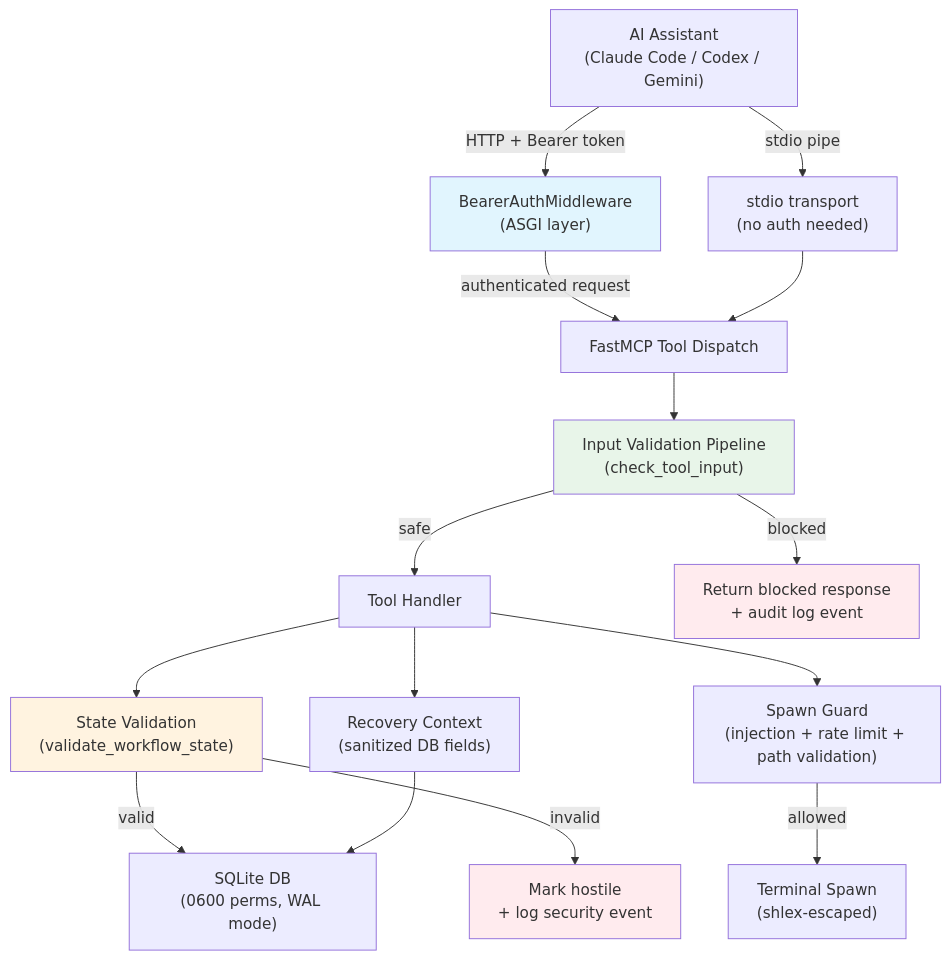
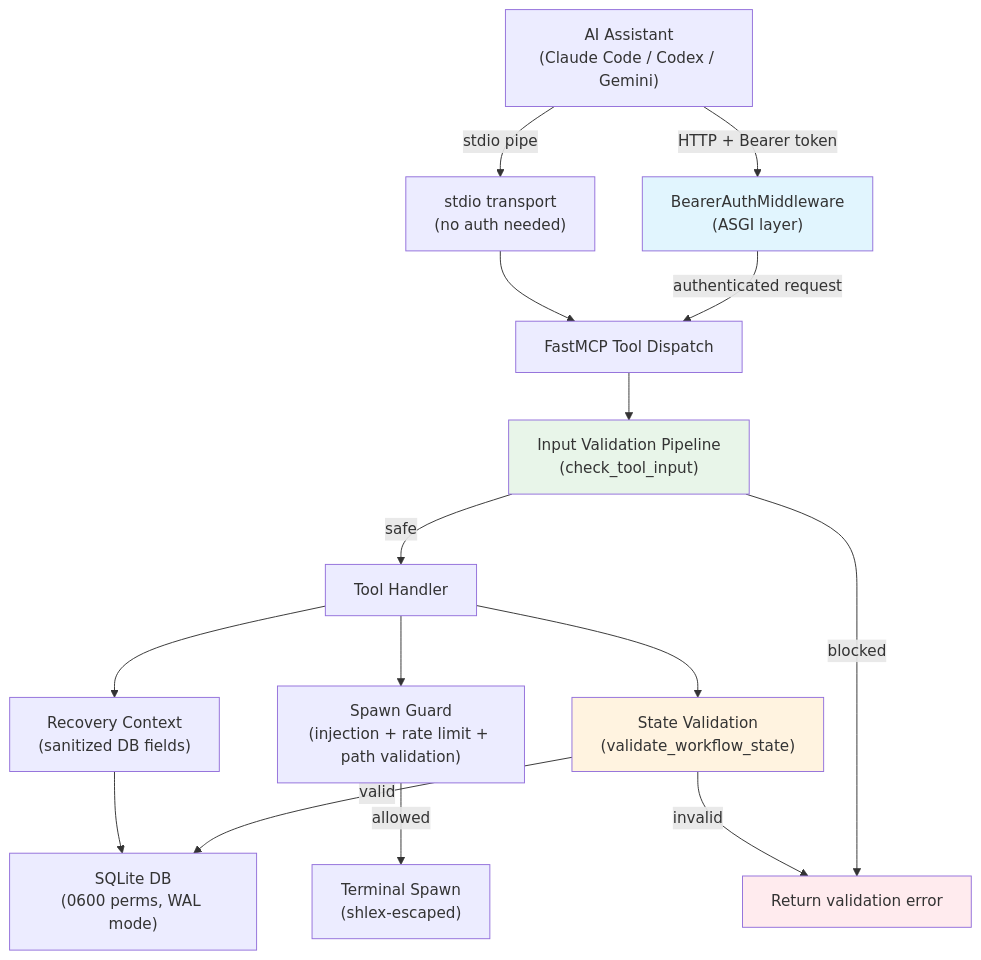
One commit to axiomantic/spellbook changed the diagram in docs/security.md. Above: the diagram before and after it, drawn with Mermaid. The commit also changed other lines of this file and 138 other files, not shown here.

````diff
--- a/docs/security.md
+++ b/docs/security.md
@@ -7,27 +7,26 @@
 ```mermaid
 graph TD
     Client["AI Assistant<br>(Claude Code / Codex / Gemini)"] -->|"HTTP + Bearer token"| Auth["BearerAuthMiddleware<br>(ASGI layer)"]
     Client -->|"stdio pipe"| Stdio["stdio transport<br>(no auth needed)"]
 
     Auth -->|"authenticated request"| Dispatch["FastMCP Tool Dispatch"]
     Stdio --> Dispatch
 
     Dispatch --> Validation["Input Validation Pipeline<br>(check_tool_input)"]
     Validation -->|"safe"| Handler["Tool Handler"]
     Validation -->|"blocked"| Block["Return blocked response<br>+ audit log event"]
 
     Handler --> StateVal["State Validation<br>(validate_workflow_state)"]
     Handler --> SpawnGuard["Spawn Guard<br>(injection + rate limit + path validation)"]
     Handler --> Recovery["Recovery Context<br>(sanitized DB fields)"]
 
     StateVal -->|"valid"| DB["SQLite DB<br>(0600 perms, WAL mode)"]
-    StateVal -->|"invalid"| Hostile["Mark hostile<br>+ log security event"]
+    StateVal -->|"invalid"| Block["Return validation error"]
     SpawnGuard -->|"allowed"| Terminal["Terminal Spawn<br>(shlex-escaped)"]
     Recovery --> DB
 
     style Auth fill:#e1f5fe
     style Validation fill:#e8f5e9
     style StateVal fill:#fff3e0
     style Block fill:#ffebee
-    style Hostile fill:#ffebee
 ```
````
